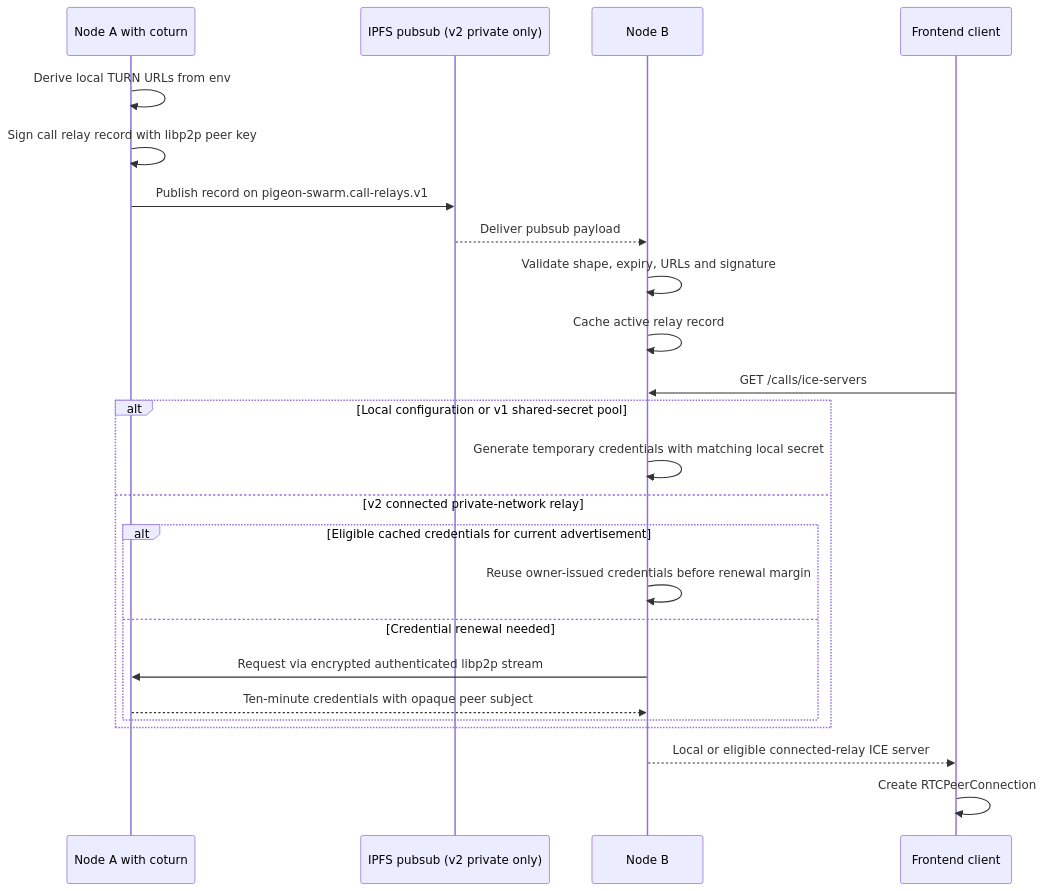
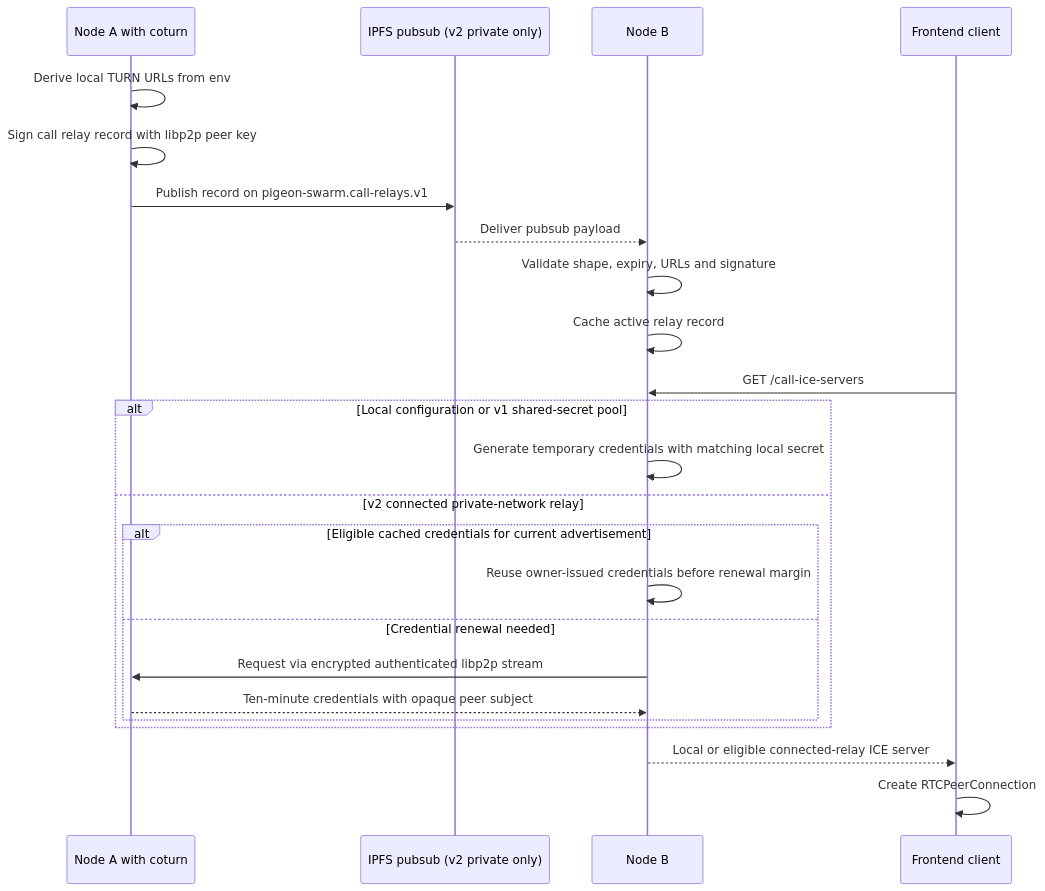
The second of 5 diagrams in docs/calls-turn-relay-discovery.md (haskou/pigeon-swarm-node), drawn with Mermaid before and after one commit. The commit also changed other lines of this file and 3 other files, not shown here.

````diff
--- a/docs/calls-turn-relay-discovery.md
+++ b/docs/calls-turn-relay-discovery.md
@@ -141,27 +141,27 @@
 ```mermaid
 sequenceDiagram
     participant NodeA as Node A with coturn
     participant IPFS as IPFS pubsub (v2 private only)
     participant NodeB as Node B
     participant Client as Frontend client
 
     NodeA->>NodeA: Derive local TURN URLs from env
     NodeA->>NodeA: Sign call relay record with libp2p peer key
     NodeA->>IPFS: Publish record on pigeon-swarm.call-relays.v1
     IPFS-->>NodeB: Deliver pubsub payload
     NodeB->>NodeB: Validate shape, expiry, URLs and signature
     NodeB->>NodeB: Cache active relay record
-    Client->>NodeB: GET /calls/ice-servers
+    Client->>NodeB: GET /call-ice-servers
     alt Local configuration or v1 shared-secret pool
         NodeB->>NodeB: Generate temporary credentials with matching local secret
     else v2 connected private-network relay
         alt Eligible cached credentials for current advertisement
             NodeB->>NodeB: Reuse owner-issued credentials before renewal margin
         else Credential renewal needed
             NodeB->>NodeA: Request via encrypted authenticated libp2p stream
             NodeA-->>NodeB: Ten-minute credentials with opaque peer subject
         end
     end
     NodeB-->>Client: Local or eligible connected-relay ICE server
     Client->>Client: Create RTCPeerConnection
 ```
````
